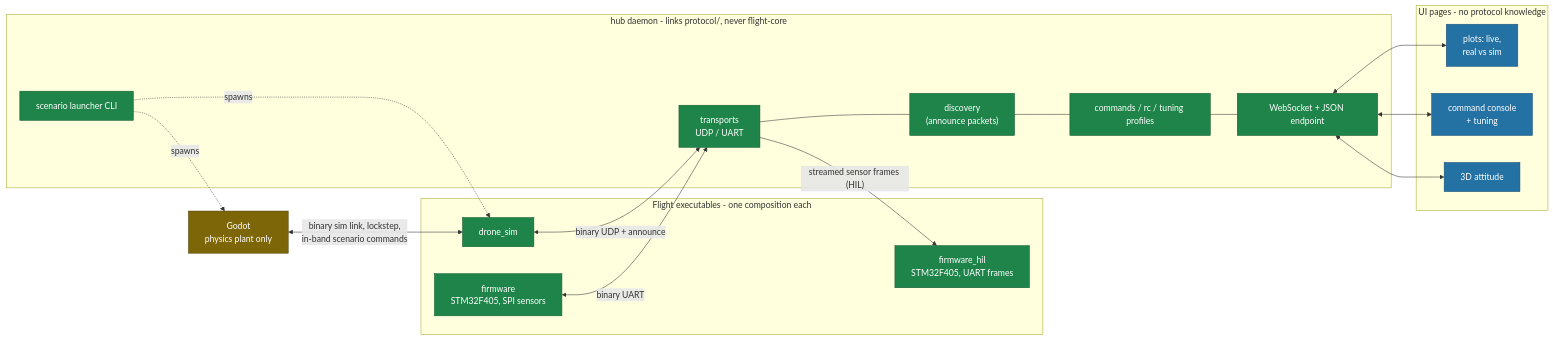
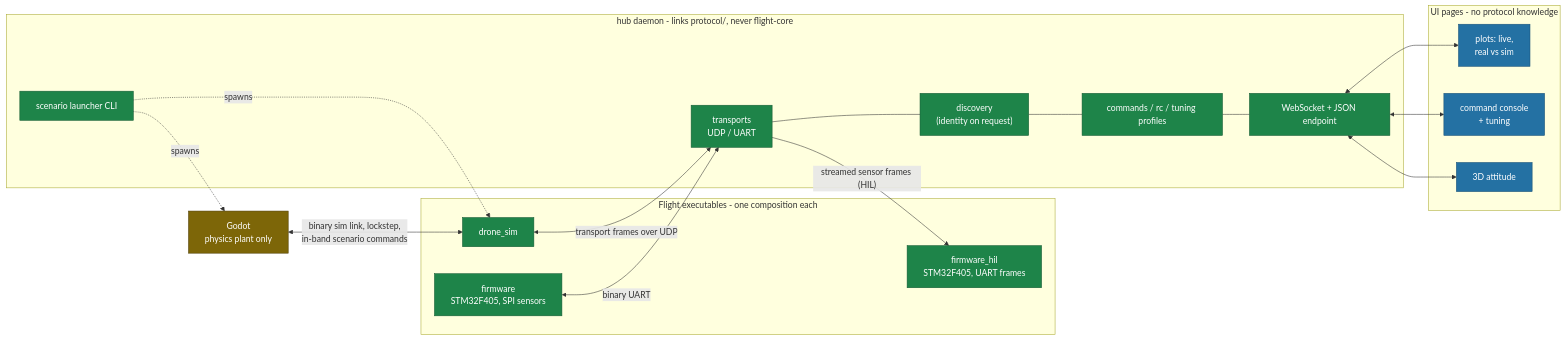
The diagram in docs/target-architecture.md (Keyrim/drone-mark4), drawn with Mermaid before and after one commit. The commit also changed other lines of this file and 6 other files, not shown here.

````diff
--- a/docs/target-architecture.md
+++ b/docs/target-architecture.md
@@ -138,42 +139,42 @@
 ```mermaid
 flowchart LR
     subgraph flight["Flight executables - one composition each"]
         FW["firmware<br/>STM32F405, SPI sensors"]
         FWH["firmware_hil<br/>STM32F405, UART frames"]
         DS["drone_sim"]
     end
 
     GODOT["Godot<br/>physics plant only"]
 
     subgraph hub["hub daemon - links protocol/, never flight-core"]
         TR["transports<br/>UDP / UART"]
-        DISC["discovery<br/>(announce packets)"]
+        DISC["discovery<br/>(identity on request)"]
         SVC["commands / rc / tuning profiles"]
         LAUNCH["scenario launcher CLI"]
         WS["WebSocket + JSON endpoint"]
         TR --- DISC --- SVC --- WS
     end
 
     subgraph ui["UI pages - no protocol knowledge"]
         P1["plots: live,<br/>real vs sim"]
         P2["command console<br/>+ tuning"]
         P3["3D attitude"]
     end
 
     GODOT <-->|"binary sim link, lockstep,<br/>in-band scenario commands"| DS
-    DS <-->|"binary UDP + announce"| TR
+    DS <-->|"transport frames over UDP"| TR
     FW <-->|"binary UART"| TR
     TR -->|"streamed sensor frames (HIL)"| FWH
     LAUNCH -.->|"spawns"| DS
     LAUNCH -.->|"spawns"| GODOT
     WS <--> P1
     WS <--> P2
     WS <--> P3
 
     classDef checked fill:#1e8449,color:#fff,stroke:#145a32
     classDef thin fill:#2471a3,color:#fff,stroke:#1a5276
     classDef neutral fill:#7d6608,color:#fff,stroke:#4d3c04
     class FW,FWH,DS,TR,DISC,SVC,WS,LAUNCH checked
     class P1,P2,P3 thin
     class GODOT neutral
 ```
````
